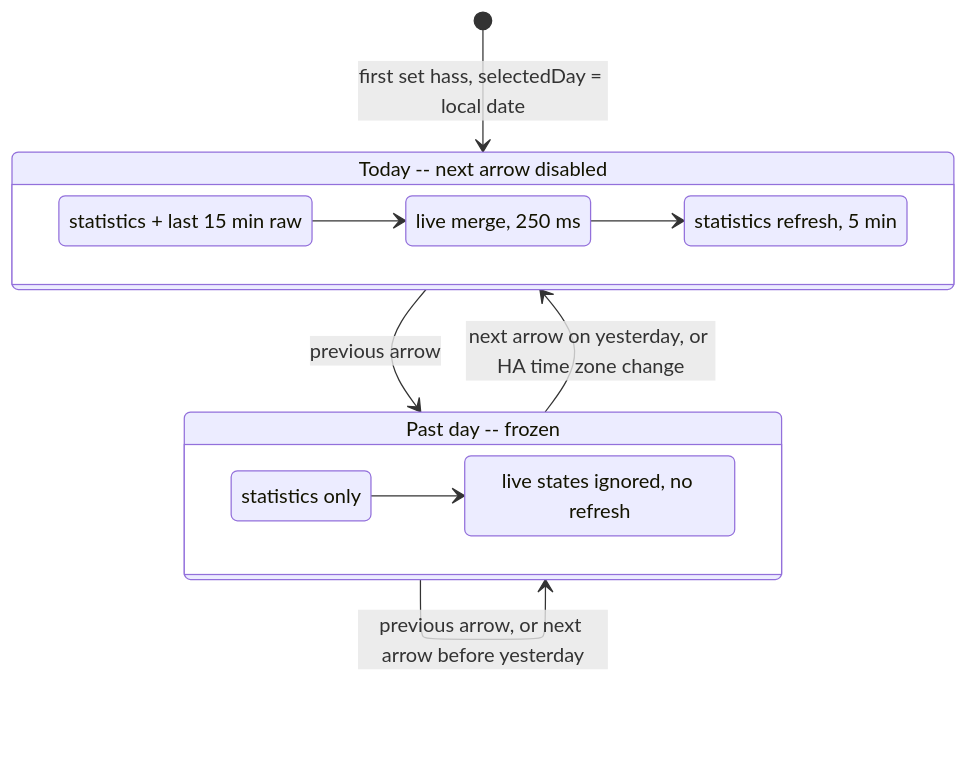
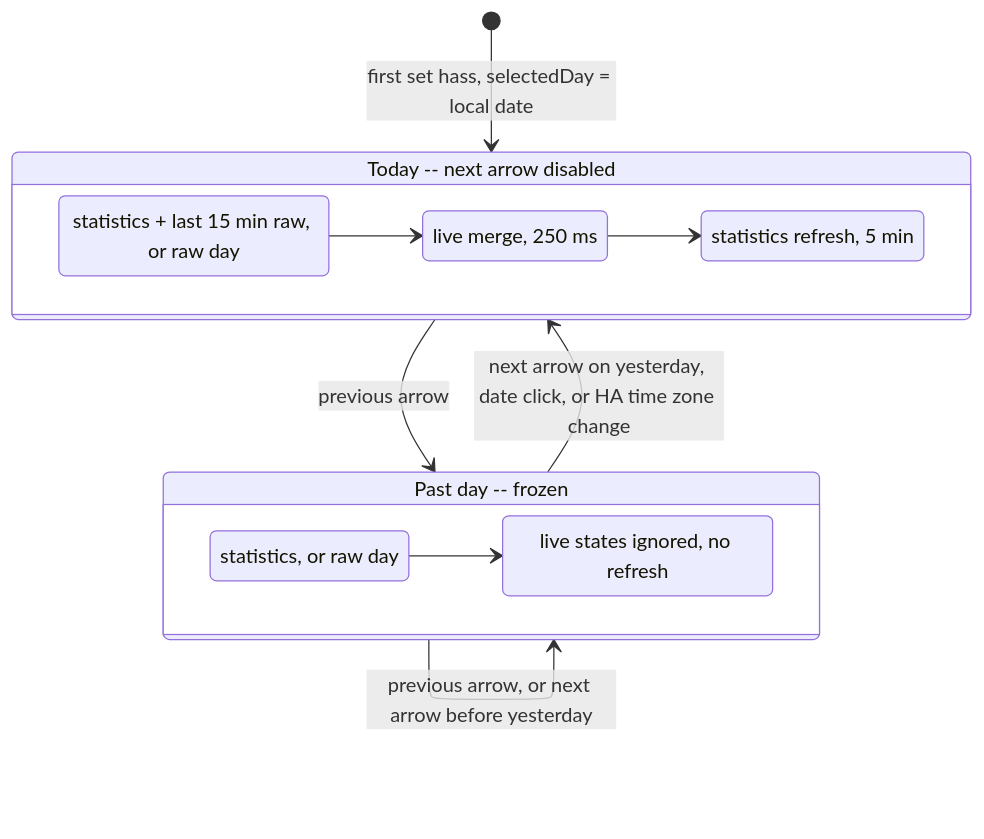
One commit to XavierBerger/Solar-Energy-Graphs-Card changed the diagram in docs/diagrams/day-navigation.mmd. Above: the diagram before and after it, drawn with Mermaid. The commit also changed 8 other files, not shown here.

Commit message:
docs: update the architecture guide to the current card

```diff
--- a/docs/diagrams/day-navigation.mmd
+++ b/docs/diagrams/day-navigation.mmd
@@ -1,21 +1,21 @@
 stateDiagram-v2
   direction TB
   [*] --> Today: first set hass, selectedDay = local date
   Today --> PastDay: previous arrow
   PastDay --> PastDay: previous arrow, or next arrow before yesterday
-  PastDay --> Today: next arrow on yesterday, or HA time zone change
+  PastDay --> Today: next arrow on yesterday, date click, or HA time zone change
 
   state "Today -- next arrow disabled" as Today {
     direction LR
-    t1: statistics + last 15 min raw
+    t1: statistics + last 15 min raw, or raw day
     t2: live merge, 250 ms
     t3: statistics refresh, 5 min
     t1 --> t2
     t2 --> t3
   }
   state "Past day -- frozen" as PastDay {
     direction LR
-    p1: statistics only
+    p1: statistics, or raw day
     p2: live states ignored, no refresh
     p1 --> p2
   }
```
